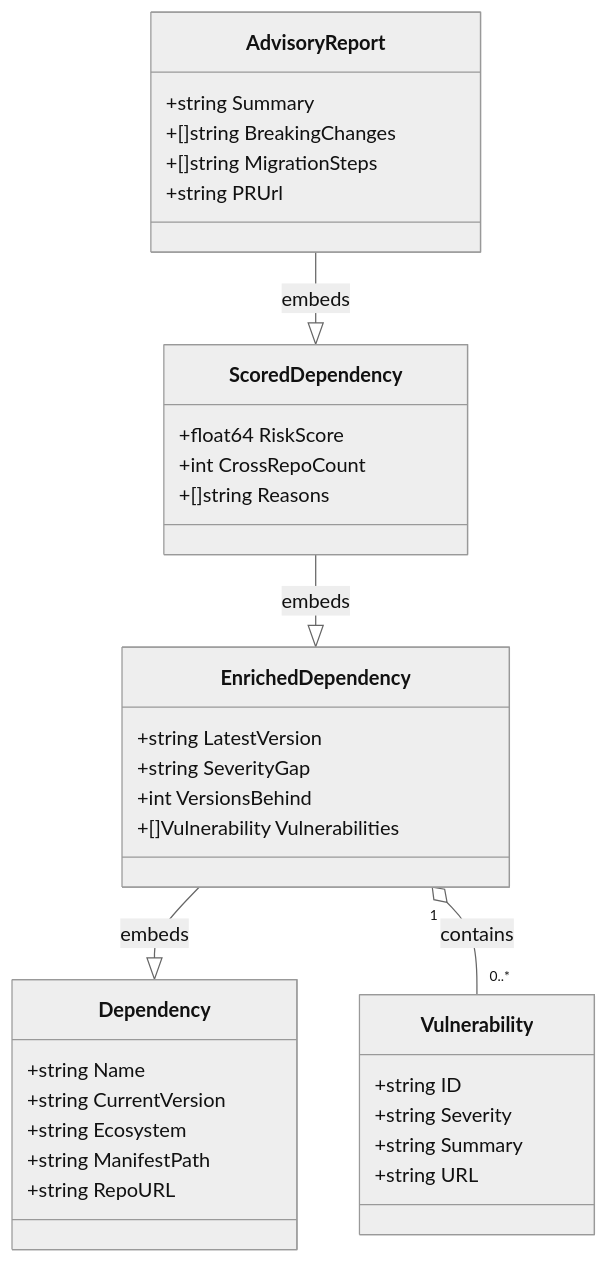
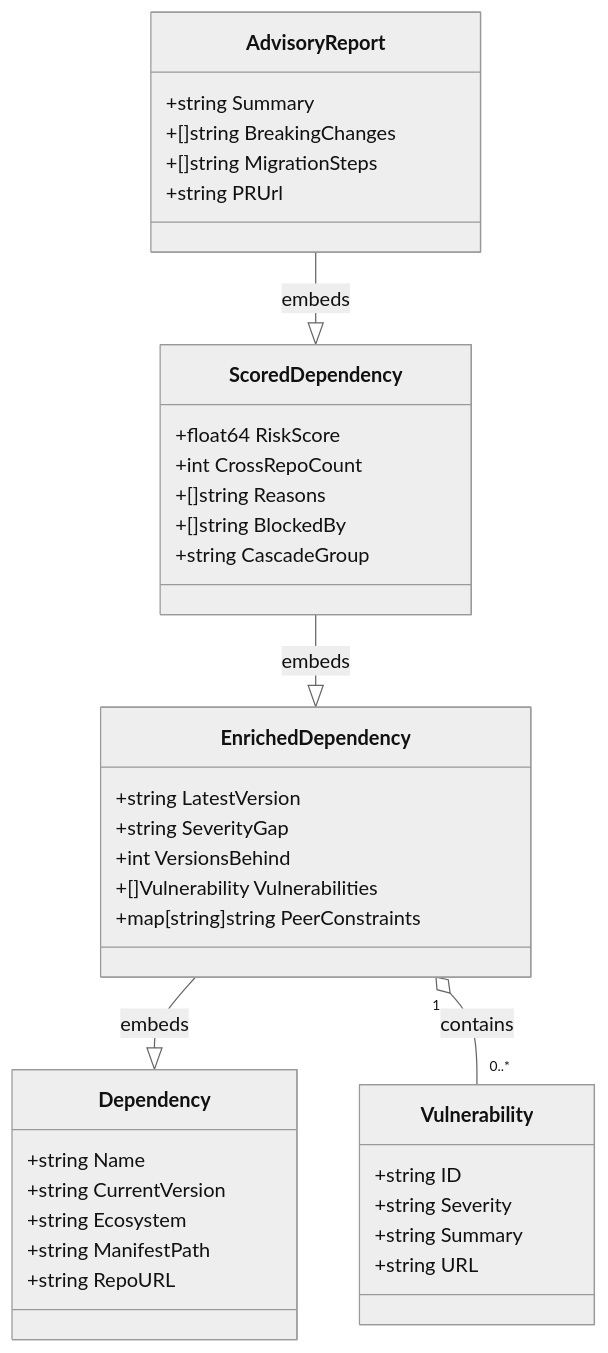
One commit to Holquaria/dep-health changed the third of 17 diagrams in docs/architecture.md. Above: the diagram before and after it, drawn with Mermaid (neutral theme). The commit also changed other lines of this file and 29 other files, not shown here.

````diff
--- a/docs/architecture.md
+++ b/docs/architecture.md
@@ -107,42 +144,45 @@
 ```mermaid
 classDiagram
     class Dependency {
         +string Name
         +string CurrentVersion
         +string Ecosystem
         +string ManifestPath
         +string RepoURL
     }
 
     class Vulnerability {
         +string ID
         +string Severity
         +string Summary
         +string URL
     }
 
     class EnrichedDependency {
         +string LatestVersion
         +string SeverityGap
         +int VersionsBehind
         +[]Vulnerability Vulnerabilities
+        +map[string]string PeerConstraints
     }
 
     class ScoredDependency {
         +float64 RiskScore
         +int CrossRepoCount
         +[]string Reasons
+        +[]string BlockedBy
+        +string CascadeGroup
     }
 
     class AdvisoryReport {
         +string Summary
         +[]string BreakingChanges
         +[]string MigrationSteps
         +string PRUrl
     }
 
     EnrichedDependency --|> Dependency : embeds
     EnrichedDependency "1" o-- "0..*" Vulnerability : contains
     ScoredDependency --|> EnrichedDependency : embeds
     AdvisoryReport --|> ScoredDependency : embeds
 ```
````
